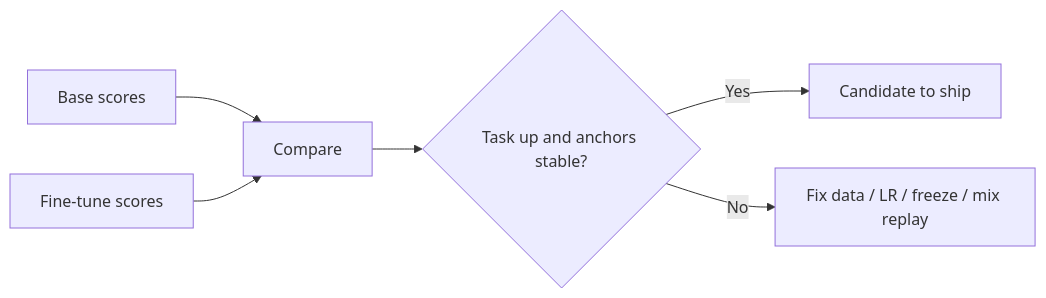
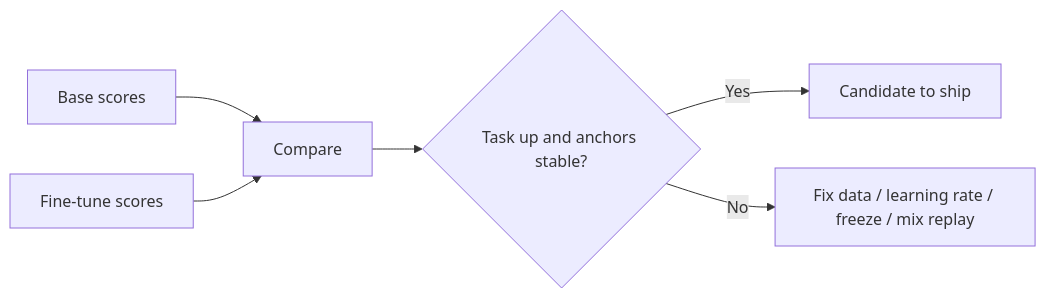
Before and after one commit to satishify/BackBenchLearner: the diagram in content/genai/module-3-finetuning/session-2-data-training/02-eval-catastrophic-forgetting-and-overfit.md, drawn with Mermaid. The commit also changed other lines of this file and 199 other files, not shown here.

````diff
--- a/content/genai/module-3-finetuning/session-2-data-training/02-eval-catastrophic-forgetting-and-overfit.md
+++ b/content/genai/module-3-finetuning/session-2-data-training/02-eval-catastrophic-forgetting-and-overfit.md
@@ -62,8 +84,8 @@
 ```mermaid
 flowchart LR
     B[Base scores] --> C[Compare]
     FT[Fine-tune scores] --> C
     C --> D{Task up and anchors stable?}
     D -->|Yes| Ship[Candidate to ship]
-    D -->|No| Fix[Fix data / LR / freeze / mix replay]
+    D -->|No| Fix[Fix data / learning rate / freeze / mix replay]
 ```
````
